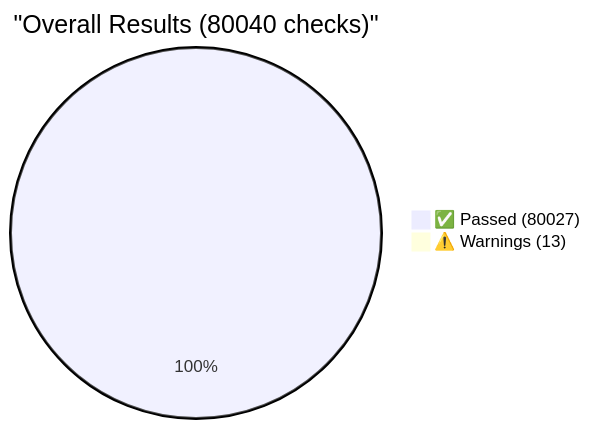
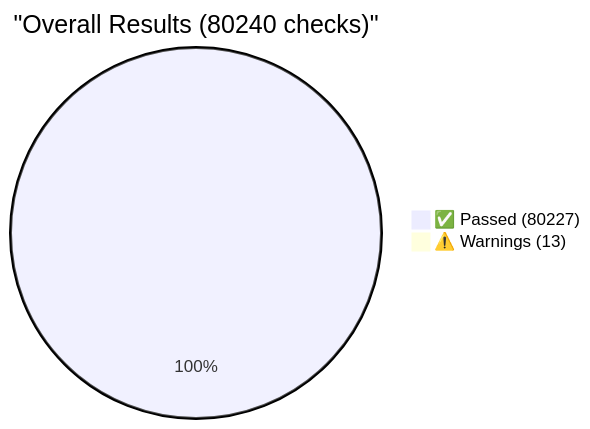
The third of 8 diagrams in tests/reports/crit-test-report.md (Vulnetix/ietf-crit-spec), drawn with Mermaid before and after one commit. The commit also changed other lines of this file and 12 other files, not shown here.

````diff
--- a/tests/reports/crit-test-report.md
+++ b/tests/reports/crit-test-report.md
@@ -77,5 +77,5 @@
 ```mermaid
-pie title "Overall Results (80040 checks)"
-    "✅ Passed (80027)" : 80027
+pie title "Overall Results (80240 checks)"
+    "✅ Passed (80227)" : 80227
     "⚠️ Warnings (13)" : 13
 ```
````
